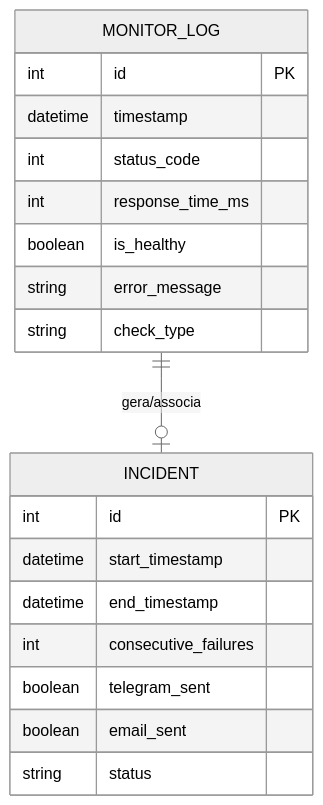
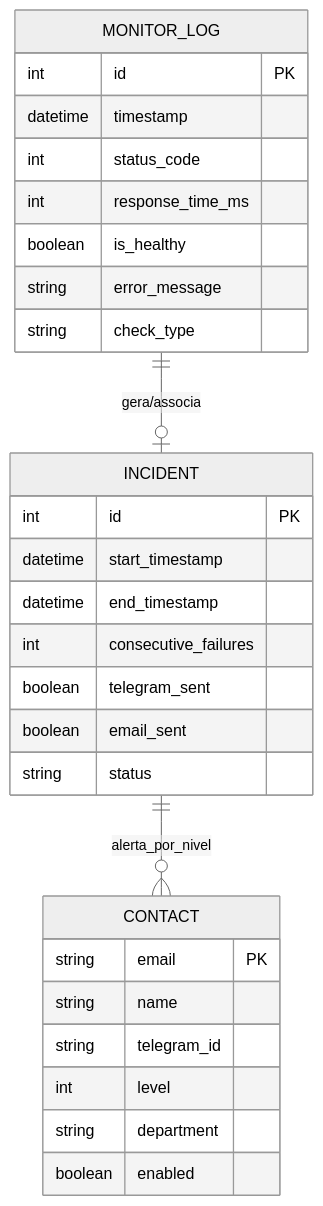
Before and after one commit to brunocorisco86/watchdogagrocenter: the diagram in idea.md, drawn with Mermaid (neutral theme). The commit also changed other lines of this file and 8 other files, not shown here.

````diff
--- a/idea.md
+++ b/idea.md
@@ -31,24 +31,34 @@
 ```mermaid
 erDiagram
     MONITOR_LOG {
         int id PK
         datetime timestamp
         int status_code
         int response_time_ms
         boolean is_healthy
         string error_message
         string check_type
     }
     
     INCIDENT {
         int id PK
         datetime start_timestamp
         datetime end_timestamp
         int consecutive_failures
         boolean telegram_sent
         boolean email_sent
         string status
     }
+
+    CONTACT {
+        string email PK
+        string name
+        string telegram_id
+        int level
+        string department
+        boolean enabled
+    }
     
     MONITOR_LOG ||--o| INCIDENT : "gera/associa"
+    INCIDENT ||--o{ CONTACT : "alerta_por_nivel"
 ```
````
